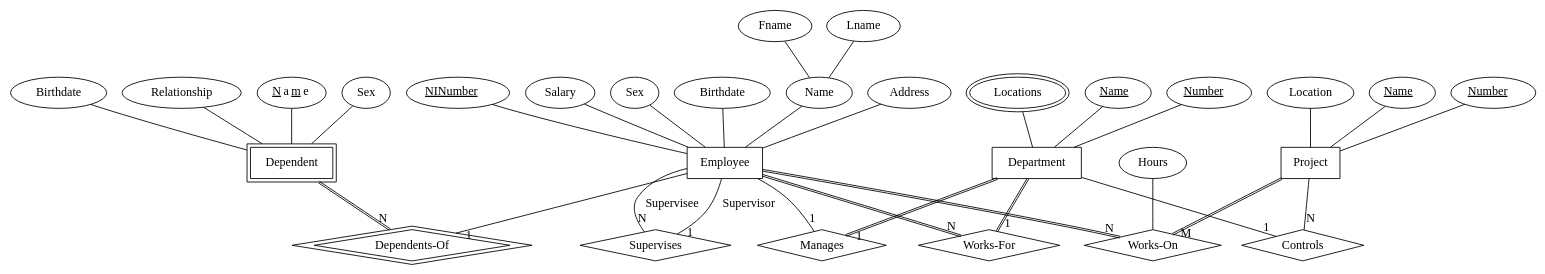
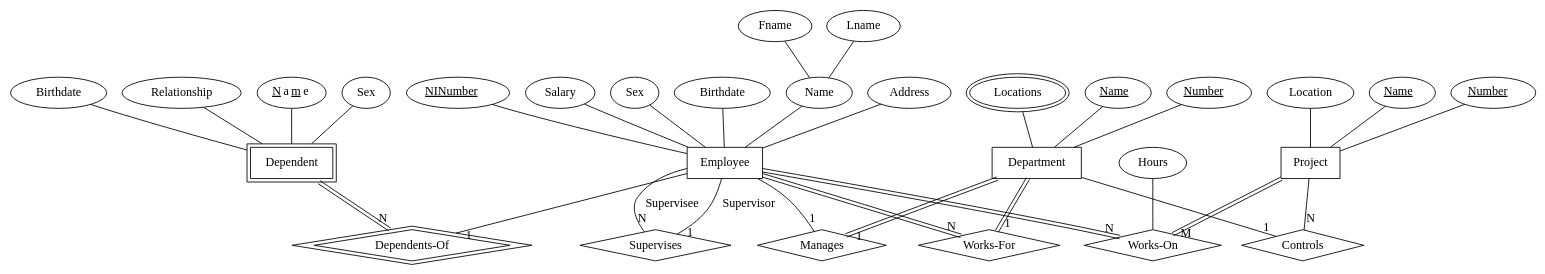
The diagram in diagrams/dependent.gv (jamesWalker55/erd-render), drawn with Graphviz before and after one commit. The commit also changed 3 other files, not shown here.

Commit message:
Re-render all diagrams

```diff
--- a/diagrams/dependent.gv
+++ b/diagrams/dependent.gv
@@ -1,66 +1,66 @@
 graph "graph" {
 	graph [K=0.4 repulsiveforce=4 smoothing=spring]
 	node [shape=box]
 	1 [label=Employee]
 	2 [label=Department]
 	3 [label=Project]
 	4 [label=Dependent peripheries=2]
 	node [shape=diamond]
 	5 [label=Supervises]
 	1 -- 5 [label=Supervisee headlabel=N labeldistance=1.5]
 	1 -- 5 [label=Supervisor headlabel=1 labeldistance=1.5]
 	6 [label="Dependents-Of" peripheries=2]
-	4 -- 6 [color="black:black" headlabel=N labeldistance=1.5]
+	4 -- 6 [color="black:invis:black" headlabel=N labeldistance=1.5]
 	1 -- 6 [headlabel=1 labeldistance=1.5]
 	7 [label="Works-On"]
-	1 -- 7 [color="black:black" headlabel=N labeldistance=1.5]
-	3 -- 7 [color="black:black" headlabel=M labeldistance=1.5]
+	1 -- 7 [color="black:invis:black" headlabel=N labeldistance=1.5]
+	3 -- 7 [color="black:invis:black" headlabel=M labeldistance=1.5]
 	8 [label=Controls]
 	3 -- 8 [headlabel=N labeldistance=1.5]
 	2 -- 8 [headlabel=1 labeldistance=1.5]
 	9 [label=Manages]
 	1 -- 9 [headlabel=1 labeldistance=1.5]
-	2 -- 9 [color="black:black" headlabel=1 labeldistance=1.5]
+	2 -- 9 [color="black:invis:black" headlabel=1 labeldistance=1.5]
 	10 [label="Works-For"]
-	1 -- 10 [color="black:black" headlabel=N labeldistance=1.5]
-	2 -- 10 [color="black:black" headlabel=1 labeldistance=1.5]
+	1 -- 10 [color="black:invis:black" headlabel=N labeldistance=1.5]
+	2 -- 10 [color="black:invis:black" headlabel=1 labeldistance=1.5]
 	node [shape=oval]
 	11 [label=Name]
 	11 -- 1
 	12 [label=Fname]
 	12 -- 11
 	13 [label=Lname]
 	13 -- 11
 	14 [label=Address]
 	14 -- 1
 	15 [label=<<U>NINumber</U>>]
 	15 -- 1
 	16 [label=Salary]
 	16 -- 1
 	17 [label=Sex]
 	17 -- 1
 	18 [label=Birthdate]
 	18 -- 1
 	19 [label=<<U>Name</U>>]
 	19 -- 2
 	20 [label=<<U>Number</U>>]
 	20 -- 2
 	21 [label=Locations peripheries=2]
 	21 -- 2
 	22 [label=<<U>Name</U>>]
 	22 -- 3
 	23 [label=<<U>Number</U>>]
 	23 -- 3
 	24 [label=Location]
 	24 -- 3
 	25 [label=<<U>N</U>a<U>m</U>e>]
 	25 -- 4
 	26 [label=Sex]
 	26 -- 4
 	27 [label=Birthdate]
 	27 -- 4
 	28 [label=Relationship]
 	28 -- 4
 	29 [label=Hours]
 	29 -- 7
 }
```
